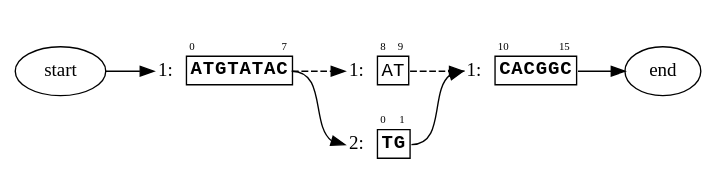
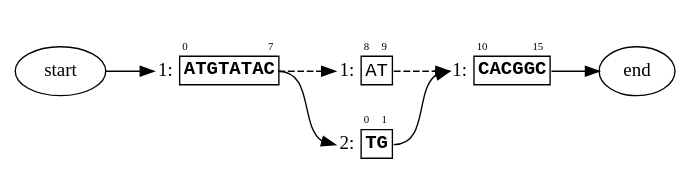
One commit to ginkgobioworks/gen changed the diagram in docs/figures/figure_2.dot. Above: the diagram before and after it, drawn with Graphviz. The commit also changed 11 other files, not shown here.

```diff
--- a/docs/figures/figure_2.dot
+++ b/docs/figures/figure_2.dot
@@ -1,32 +1,32 @@
 strict digraph "" {
 	graph [rankdir=LR,
 		splines=true
 	];
 	node [label="\N"];
 	subgraph cluster_1 {
 		graph [label="",
 			rank=same,
 			style=invis
 		];
-		1.0	[label=<<TABLE BORDER='0' CELLBORDER='1' CELLSPACING='0'><TR><TD BORDER='0'></TD><TD BORDER='0' ALIGN='LEFT'><FONT POINT-SIZE='8'>0</FONT></TD><TD BORDER='0' ALIGN='RIGHT'><FONT POINT-SIZE='8'>7</FONT></TD></TR><TR><TD BORDER='0' PORT='caption'>1:&nbsp;</TD><TD PORT='seq' COLSPAN='2'><FONT FACE='Courier New'><B>A</B><B>T</B><B>G</B><B>T</B><B>A</B><B>T</B><B>A</B><B>C</B></FONT></TD></TR></TABLE>>,
+		1.0	[label=<<TABLE BORDER='0' CELLBORDER='1' CELLSPACING='0'><TR><TD BORDER='0'></TD><TD BORDER='0' ALIGN='LEFT'><FONT POINT-SIZE='8'>0</FONT></TD><TD BORDER='0' ALIGN='RIGHT'><FONT POINT-SIZE='8'>7</FONT></TD></TR><TR><TD BORDER='0' PORT='caption' ALIGN='right'>1:</TD><TD PORT='seq' COLSPAN='2'><FONT FACE='Courier New'><B>ATGTATAC</B></FONT></TD></TR></TABLE>>,
 			margin=0,
 			shape=none];
-		1.8	[label=<<TABLE BORDER='0' CELLBORDER='1' CELLSPACING='0'><TR><TD BORDER='0'></TD><TD BORDER='0' ALIGN='LEFT'><FONT POINT-SIZE='8'>8</FONT></TD><TD BORDER='0' ALIGN='RIGHT'><FONT POINT-SIZE='8'>9</FONT></TD></TR><TR><TD BORDER='0' PORT='caption'>1:&nbsp;</TD><TD PORT='seq' COLSPAN='2'><FONT FACE='Courier New'>AT</FONT></TD></TR></TABLE>>,
+		1.8	[label=<<TABLE BORDER='0' CELLBORDER='1' CELLSPACING='0'><TR><TD BORDER='0'></TD><TD BORDER='0' ALIGN='LEFT'><FONT POINT-SIZE='8'>8</FONT></TD><TD BORDER='0' ALIGN='RIGHT'><FONT POINT-SIZE='8'>9</FONT></TD></TR><TR><TD BORDER='0' PORT='caption' ALIGN='right'>1:</TD><TD PORT='seq' COLSPAN='2'><FONT FACE='Courier New'>AT</FONT></TD></TR></TABLE>>,
 			margin=0,
 			shape=none];
-		1.10	[label=<<TABLE BORDER='0' CELLBORDER='1' CELLSPACING='0'><TR><TD BORDER='0'></TD><TD BORDER='0' ALIGN='LEFT'><FONT POINT-SIZE='8'>10</FONT></TD><TD BORDER='0' ALIGN='RIGHT'><FONT POINT-SIZE='8'>15</FONT></TD></TR><TR><TD BORDER='0' PORT='caption'>1:&nbsp;</TD><TD PORT='seq' COLSPAN='2'><FONT FACE='Courier New'><B>C</B><B>A</B><B>C</B><B>G</B><B>G</B><B>C</B></FONT></TD></TR></TABLE>>,
+		1.10	[label=<<TABLE BORDER='0' CELLBORDER='1' CELLSPACING='0'><TR><TD BORDER='0'></TD><TD BORDER='0' ALIGN='LEFT'><FONT POINT-SIZE='8'>10</FONT></TD><TD BORDER='0' ALIGN='RIGHT'><FONT POINT-SIZE='8'>15</FONT></TD></TR><TR><TD BORDER='0' PORT='caption' ALIGN='right'>1:</TD><TD PORT='seq' COLSPAN='2'><FONT FACE='Courier New'><B>CACGGC</B></FONT></TD></TR></TABLE>>,
 			margin=0,
 			shape=none];
 	}
 	source	[label=start];
 	source:e -> 1.0:caption:w;
 	1.0:seq:e -> 1.8:caption:w	[style=dashed];
-	2.0	[label=<<TABLE BORDER='0' CELLBORDER='1' CELLSPACING='0'><TR><TD BORDER='0'></TD><TD BORDER='0' ALIGN='LEFT'><FONT POINT-SIZE='8'>0</FONT></TD><TD BORDER='0' ALIGN='RIGHT'><FONT POINT-SIZE='8'>1</FONT></TD></TR><TR><TD BORDER='0' PORT='caption'>2:&nbsp;</TD><TD PORT='seq' COLSPAN='2'><FONT FACE='Courier New'><B>T</B><B>G</B></FONT></TD></TR></TABLE>>,
+	2.0	[label=<<TABLE BORDER='0' CELLBORDER='1' CELLSPACING='0'><TR><TD BORDER='0'></TD><TD BORDER='0' ALIGN='LEFT'><FONT POINT-SIZE='8'>0</FONT></TD><TD BORDER='0' ALIGN='RIGHT'><FONT POINT-SIZE='8'>1</FONT></TD></TR><TR><TD BORDER='0' PORT='caption' ALIGN='right'>2:</TD><TD PORT='seq' COLSPAN='2'><FONT FACE='Courier New'><B>TG</B></FONT></TD></TR></TABLE>>,
 		margin=0,
 		shape=none];
 	1.0:seq:e -> 2.0:caption:w;
 	1.8:seq:e -> 1.10:caption:w	[style=dashed];
 	sink	[label=end];
 	1.10:seq:e -> sink:w;
 	2.0:seq:e -> 1.10:caption:w;
 }
```
